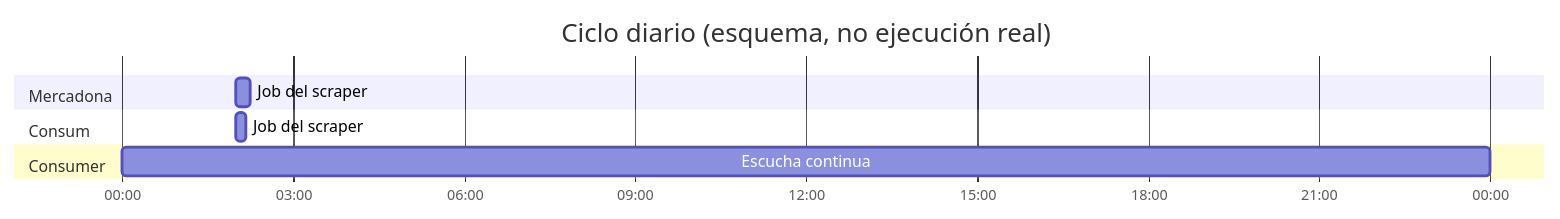
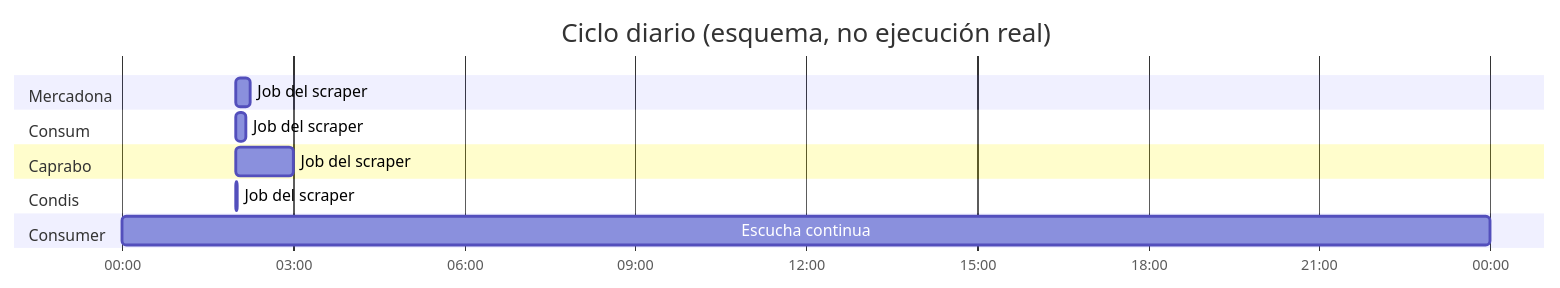
The third of 3 diagrams in flujo-entrada/docs/02-flujo-datos.md (TheMinimalOwl/PTI-Q26-27-TARDOR), drawn with Mermaid before and after one commit. The commit also changed other lines of this file and 33 other files, not shown here.

First line of the commit message:
Ingesta: scrapers de Caprabo y Condis

````diff
--- a/flujo-entrada/docs/02-flujo-datos.md
+++ b/flujo-entrada/docs/02-flujo-datos.md
@@ -77,12 +77,16 @@
 ```mermaid
 gantt
   title Ciclo diario (esquema, no ejecución real)
   dateFormat HH:mm
   axisFormat %H:%M
   section Mercadona
   Job del scraper        :02:00, 15m
   section Consum
   Job del scraper        :02:00, 10m
+  section Caprabo
+  Job del scraper        :02:00, 60m
+  section Condis
+  Job del scraper        :02:00, 2m
   section Consumer
   Escucha continua       :00:00, 24h
 ```
````
